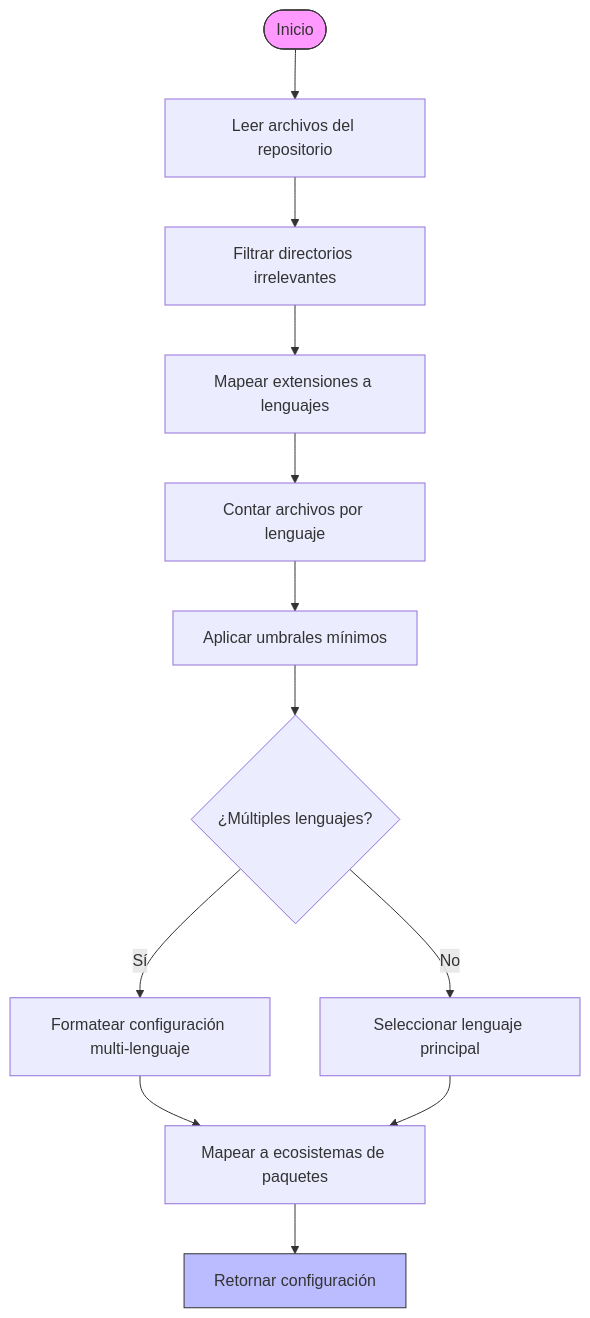
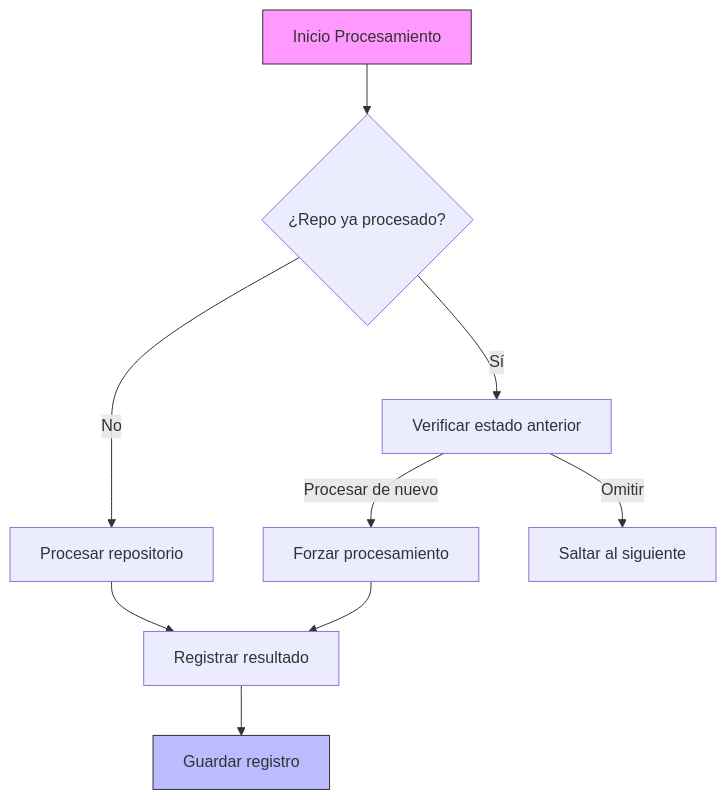
The seventh of 10 diagrams in README.md (danyelliot/tesis-poc), drawn with Mermaid before and after one commit. The commit also changed other lines of this file and 7 other files, not shown here.

````diff
--- a/README.md
+++ b/README.md
@@ -575,21 +624,14 @@
 ```mermaid
-flowchart TD
-    Start([Inicio]) --> ReadFiles[Leer archivos del repositorio]
-    ReadFiles --> FilterFiles[Filtrar directorios irrelevantes]
-    FilterFiles --> MapExtensions[Mapear extensiones a lenguajes]
-    MapExtensions --> CountLanguages[Contar archivos por lenguaje]
-    CountLanguages --> ApplyThresholds[Aplicar umbrales mínimos]
-    ApplyThresholds --> MultiLangCheck{¿Múltiples lenguajes?}
+graph TD
+    A[Inicio Procesamiento] --> B{¿Repo ya procesado?}
+    B -->|Sí| C[Verificar estado anterior]
+    B -->|No| D[Procesar repositorio]
+    C -->|Procesar de nuevo| E[Forzar procesamiento]
+    C -->|Omitir| F[Saltar al siguiente]
+    D --> G[Registrar resultado]
+    E --> G
+    G --> H[Guardar registro]
     
-    MultiLangCheck -- Sí --> FormatMultiLang[Formatear configuración multi-lenguaje]
-    MultiLangCheck -- No --> SelectPrimary[Seleccionar lenguaje principal]
-    
-    FormatMultiLang --> MapToEcosystems[Mapear a ecosistemas de paquetes]
-    SelectPrimary --> MapToEcosystems
-    
-    MapToEcosystems --> ReturnConfig[Retornar configuración]
-    
-    class Start,ReturnConfig round
-    style Start fill:#f9f,stroke:#333
-    style ReturnConfig fill:#bbf,stroke:#333
+    style A fill:#f9f,stroke:#333
+    style H fill:#bbf,stroke:#333
 ```
````
